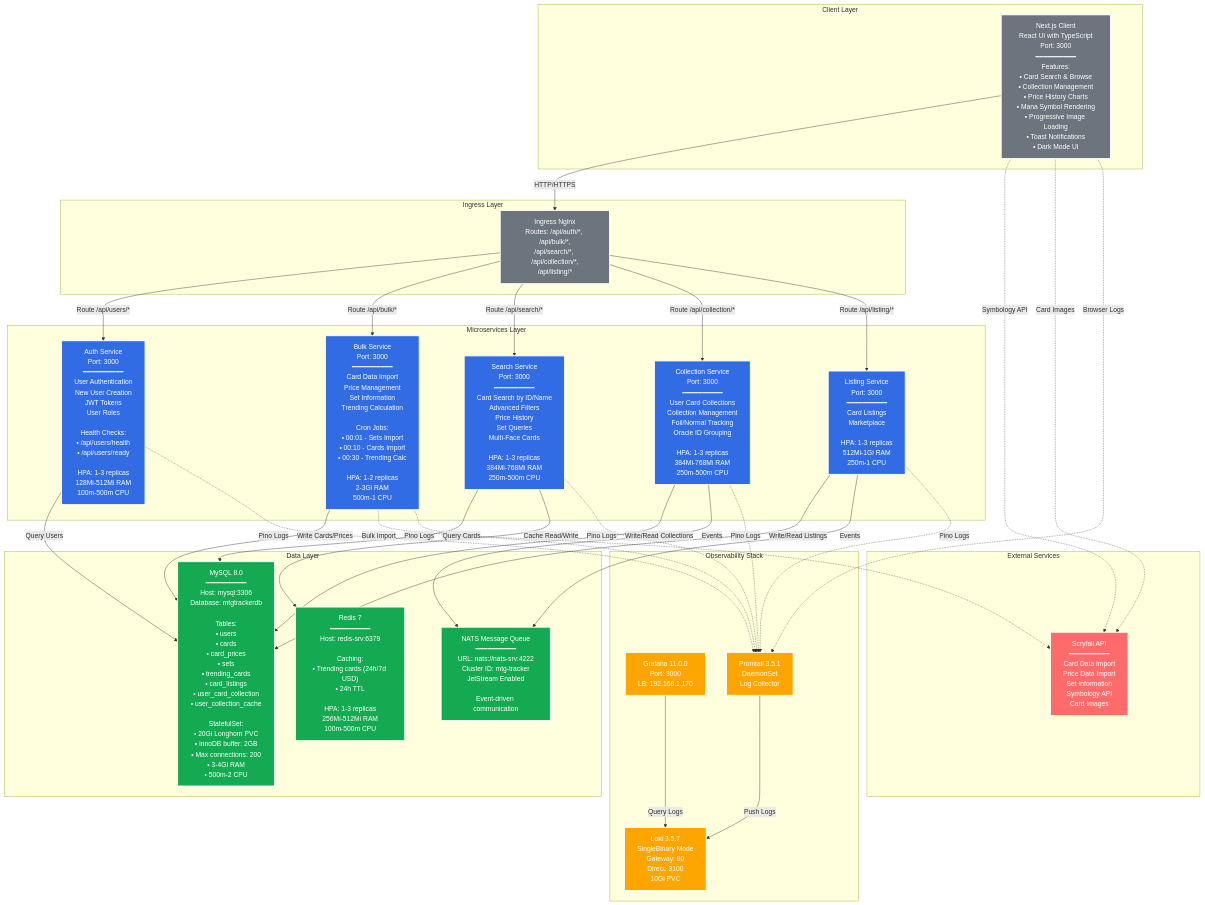
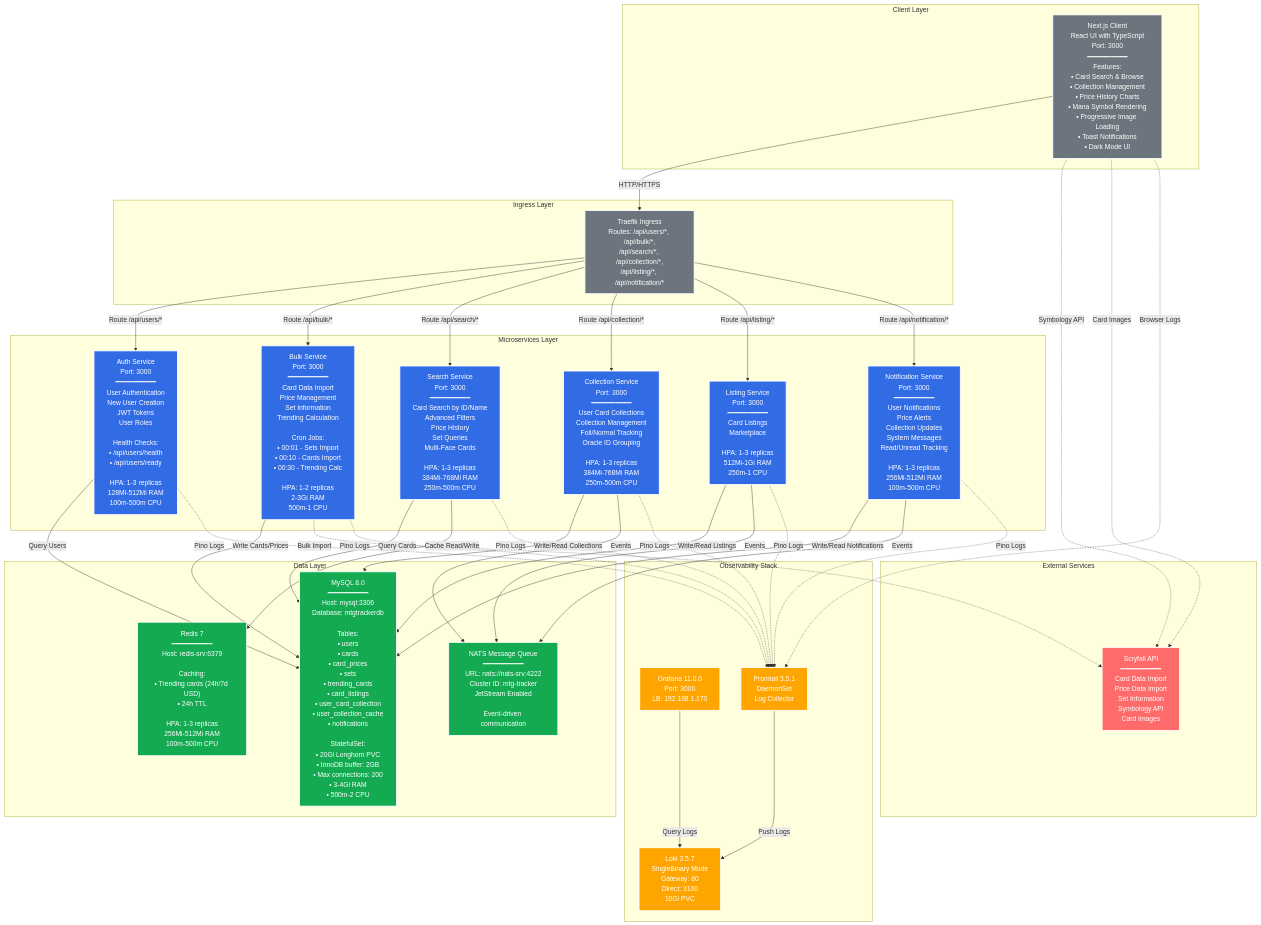
One commit to ZHamburglar/mtg-tracker changed the diagram in README.md. Above: the diagram before and after it, drawn with Mermaid. The commit also changed other lines of this file, not shown here.

Commit message:
adding mermaid update

```diff
--- a/README.md
+++ b/README.md
@@ -27,7 +27,7 @@
     end
 
     subgraph "Ingress Layer"
-        Ingress["Ingress Nginx<br/>Routes: /api/auth/*, /api/bulk/*,<br/>/api/search/*, /api/collection/*,<br/>/api/listing/*"]
+        Ingress["Traefik Ingress<br/>Routes: /api/users/*, /api/bulk/*,<br/>/api/search/*, /api/collection/*,<br/>/api/listing/*, /api/notification/*"]
     end
 
     subgraph "Microservices Layer"
@@ -40,12 +40,14 @@
         Collection["Collection Service<br/>Port: 3000<br/>━━━━━━━━━━<br/>User Card Collections<br/>Collection Management<br/>Foil/Normal Tracking<br/>Oracle ID Grouping<br/><br/>HPA: 1-3 replicas<br/>384Mi-768Mi RAM<br/>250m-500m CPU"]
         
         Listing["Listing Service<br/>Port: 3000<br/>━━━━━━━━━━<br/>Card Listings<br/>Marketplace<br/><br/>HPA: 1-3 replicas<br/>512Mi-1Gi RAM<br/>250m-1 CPU"]
+        
+        Notification["Notification Service<br/>Port: 3000<br/>━━━━━━━━━━<br/>User Notifications<br/>Price Alerts<br/>Collection Updates<br/>System Messages<br/>Read/Unread Tracking<br/><br/>HPA: 1-3 replicas<br/>256Mi-512Mi RAM<br/>100m-500m CPU"]
     end
 
     subgraph "Data Layer"
         NATS["NATS Message Queue<br/>━━━━━━━━━━<br/>URL: nats://nats-srv:4222<br/>Cluster ID: mtg-tracker<br/>JetStream Enabled<br/><br/>Event-driven communication"]
         
-        MySQL["MySQL 8.0<br/>━━━━━━━━━━<br/>Host: mysql:3306<br/>Database: mtgtrackerdb<br/><br/>Tables:<br/>• users<br/>• cards<br/>• card_prices<br/>• sets<br/>• trending_cards<br/>• card_listings<br/>• user_card_collection<br/>• user_collection_cache<br/><br/>StatefulSet:<br/>• 20Gi Longhorn PVC<br/>• InnoDB buffer: 2GB<br/>• Max connections: 200<br/>• 3-4Gi RAM<br/>• 500m-2 CPU"]
+        MySQL["MySQL 8.0<br/>━━━━━━━━━━<br/>Host: mysql:3306<br/>Database: mtgtrackerdb<br/><br/>Tables:<br/>• users<br/>• cards<br/>• card_prices<br/>• sets<br/>• trending_cards<br/>• card_listings<br/>• user_card_collection<br/>• user_collection_cache<br/>• notifications<br/><br/>StatefulSet:<br/>• 20Gi Longhorn PVC<br/>• InnoDB buffer: 2GB<br/>• Max connections: 200<br/>• 3-4Gi RAM<br/>• 500m-2 CPU"]
         
         Redis["Redis 7<br/>━━━━━━━━━━<br/>Host: redis-srv:6379<br/><br/>Caching:<br/>• Trending cards (24h/7d USD)<br/>• 24h TTL<br/><br/>HPA: 1-3 replicas<br/>256Mi-512Mi RAM<br/>100m-500m CPU"]
     end
@@ -69,6 +71,7 @@
     Ingress -->|Route /api/search/*| Search
     Ingress -->|Route /api/collection/*| Collection
     Ingress -->|Route /api/listing/*| Listing
+    Ingress -->|Route /api/notification/*| Notification
 
     Auth -->|Query Users| MySQL
     Bulk -->|Write Cards/Prices| MySQL
@@ -76,9 +79,11 @@
     Search -->|Cache Read/Write| Redis
     Collection -->|Write/Read Collections| MySQL
     Listing -->|Write/Read Listings| MySQL
+    Notification -->|Write/Read Notifications| MySQL
 
     Collection -->|Events| NATS
     Listing -->|Events| NATS
+    Notification -->|Events| NATS
 
     Bulk -.->|Bulk Import| Scryfall
 
@@ -87,6 +92,7 @@
     Search -.->|Pino Logs| Promtail
     Collection -.->|Pino Logs| Promtail
     Listing -.->|Pino Logs| Promtail
+    Notification -.->|Pino Logs| Promtail
     Client -.->|Browser Logs| Promtail
     
     Promtail -->|Push Logs| Loki
@@ -98,7 +104,7 @@
     classDef observability fill:#ffa500,stroke:#fff,stroke-width:2px,color:#fff
     classDef infra fill:#6c757d,stroke:#fff,stroke-width:2px,color:#fff
 
-    class Auth,Bulk,Search,Collection,Listing service
+    class Auth,Bulk,Search,Collection,Listing,Notification service
     class MySQL,NATS,Redis data
     class Scryfall external
     class Grafana,Loki,Promtail observability
```
